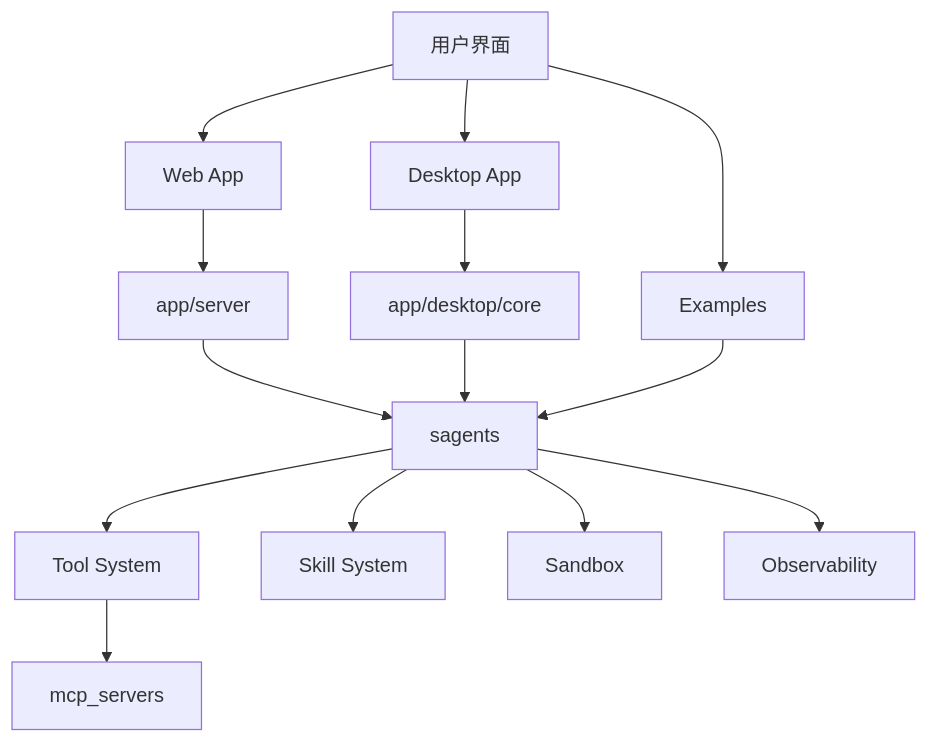
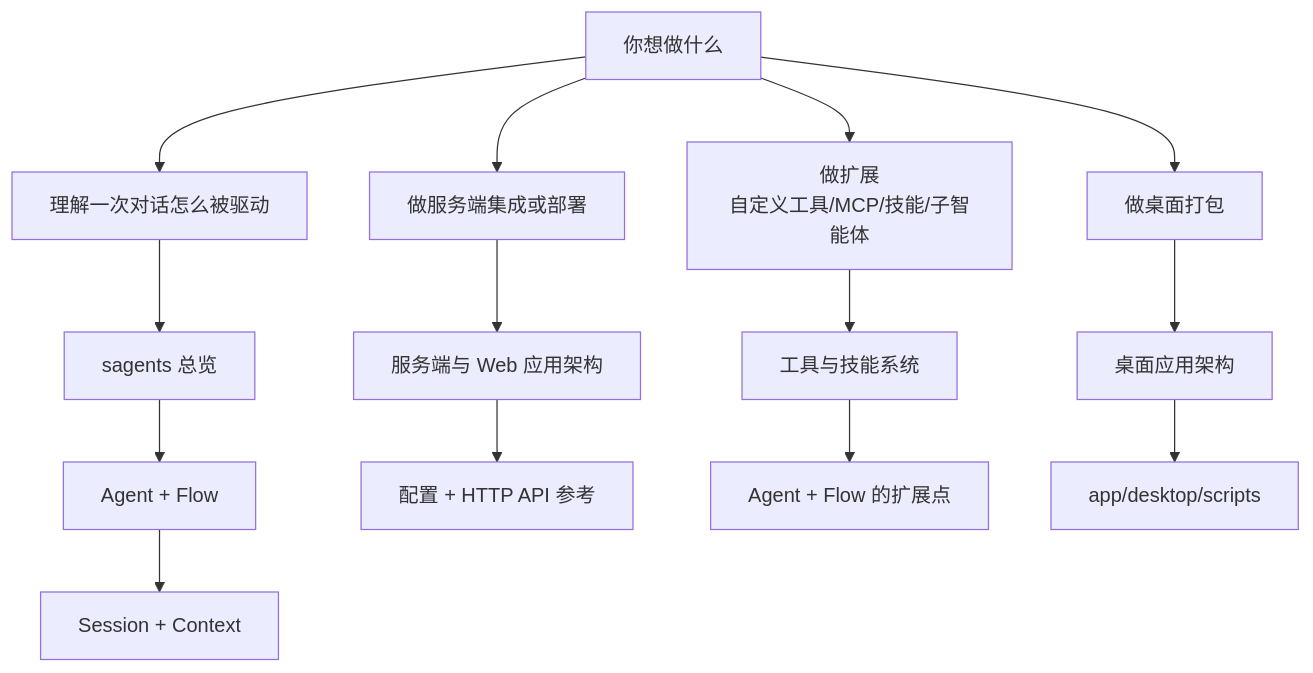
One commit to ZHangZHengEric/Sage changed the third of 3 diagrams in docs/zh/ARCHITECTURE.md. Above: the diagram before and after it, drawn with Mermaid. The commit also changed other lines of this file and 36 other files, not shown here.

First line of the commit message:
refactor(sagents): split agent_base into reusable utils + dedupe session/sandbox boilerplate

````diff
--- a/docs/zh/ARCHITECTURE.md
+++ b/docs/zh/ARCHITECTURE.md
@@ -27,16 +102,16 @@
 ```mermaid
 flowchart TD
-    User[用户界面] --> Web[Web App]
-    User --> Desktop[Desktop App]
-    User --> Examples[Examples]
-    Web --> Server[app/server]
-    Desktop --> DesktopCore[app/desktop/core]
-    Server --> Runtime[sagents]
-    DesktopCore --> Runtime
-    Examples --> Runtime
-    Runtime --> Tools[Tool System]
-    Runtime --> Skills[Skill System]
-    Runtime --> Sandbox[Sandbox]
-    Runtime --> Obs[Observability]
-    Tools --> MCP[mcp_servers]
+    Want[你想做什么]
+
+    Want --> A[理解一次对话怎么被驱动]
+    A --> A1[sagents 总览] --> A2[Agent + Flow] --> A3[Session + Context]
+
+    Want --> B[做服务端集成或部署]
+    B --> B1[服务端与 Web 应用架构] --> B2[配置 + HTTP API 参考]
+
+    Want --> C[做扩展<br/>自定义工具/MCP/技能/子智能体]
+    C --> C1[工具与技能系统] --> C2[Agent + Flow 的扩展点]
+
+    Want --> D[做桌面打包]
+    D --> D1[桌面应用架构] --> D2[app/desktop/scripts]
 ```
````
